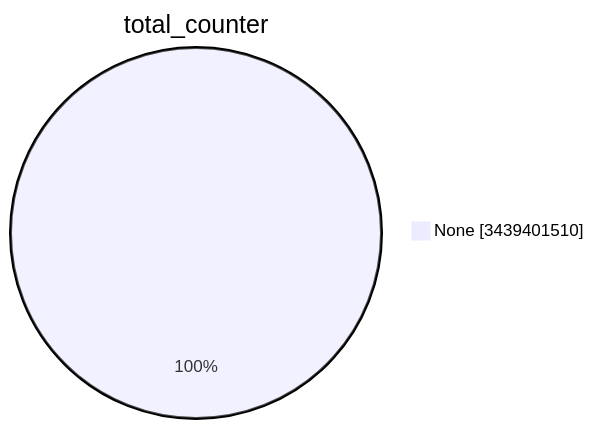
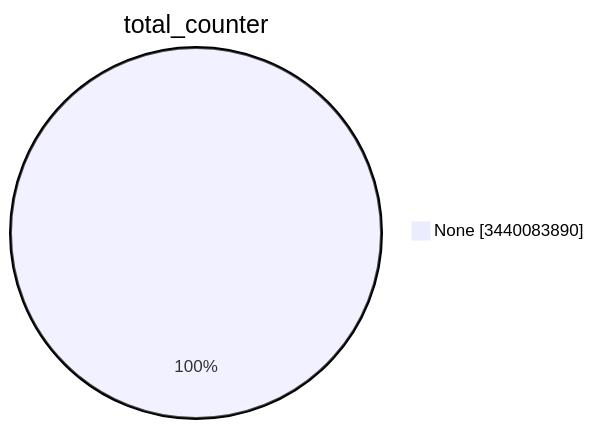
The first of 15 diagrams in TOTAL/README.md (christiankrug/ctmonitor_visualization), drawn with Mermaid before and after one commit. The commit also changed other lines of this file, not shown here.

````diff
--- a/TOTAL/README.md
+++ b/TOTAL/README.md
@@ -1,5 +1,5 @@
 ```mermaid
 pie showData
 title total_counter
-"None" :3439401510
+"None" :3440083890
 ```
````
